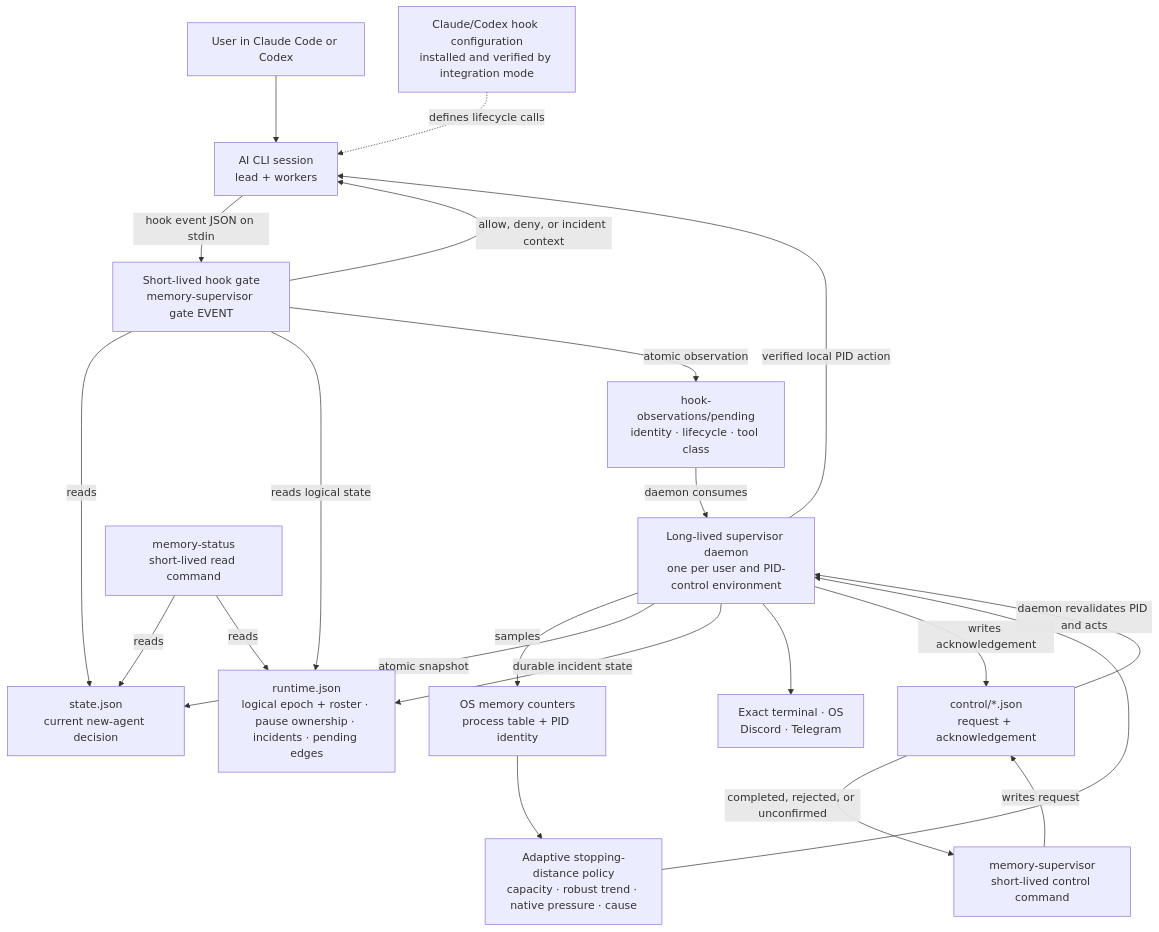
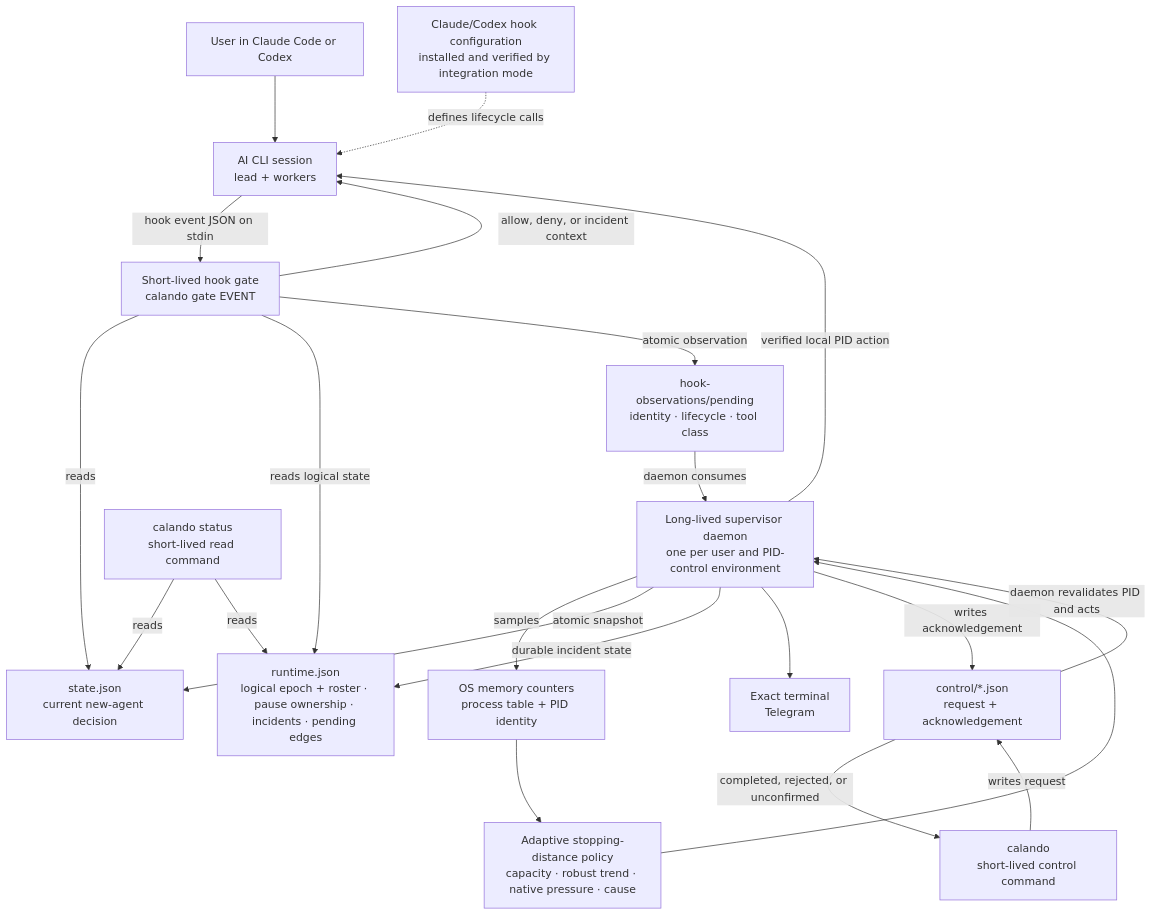
Before and after one commit to lssLab/Calando: the first of 3 diagrams in docs/guides/architecture.ja.md, drawn with Mermaid. The commit also changed other lines of this file and 78 other files, not shown here.

````diff
--- a/docs/guides/architecture.ja.md
+++ b/docs/guides/architecture.ja.md
@@ -49,41 +49,41 @@
 ```mermaid
 flowchart TB
     User["User in Claude Code or Codex"]
     AI["AI CLI session<br/>lead + workers"]
-    Gate["Short-lived hook gate<br/>memory-supervisor gate EVENT"]
+    Gate["Short-lived hook gate<br/>calando gate EVENT"]
     Daemon["Long-lived supervisor daemon<br/>one per user and PID-control environment"]
     Sensors["OS memory counters<br/>process table + PID identity"]
     Policy["Adaptive stopping-distance policy<br/>capacity · robust trend · native pressure · cause"]
     State["state.json<br/>current new-agent decision"]
     Runtime["runtime.json<br/>logical epoch + roster · pause ownership · incidents · pending edges"]
     Observations["hook-observations/pending<br/>identity · lifecycle · tool class"]
     Queue["control/*.json<br/>request + acknowledgement"]
-    Status["memory-status<br/>short-lived read command"]
-    Control["memory-supervisor<br/>short-lived control command"]
-    Notice["Exact terminal · OS<br/>Discord · Telegram"]
+    Status["calando status<br/>short-lived read command"]
+    Control["calando<br/>short-lived control command"]
+    Notice["Exact terminal<br/>Telegram"]
     HookFiles["Claude/Codex hook configuration<br/>installed and verified by integration mode"]
 
     User --> AI
     HookFiles -. "defines lifecycle calls" .-> AI
     AI -->|"hook event JSON on stdin"| Gate
     Gate -->|"allow, deny, or incident context"| AI
     Gate -->|"reads"| State
     Gate -->|"reads logical state"| Runtime
     Gate -->|"atomic observation"| Observations
 
     Daemon -->|"samples"| Sensors
     Sensors --> Policy
     Policy --> Daemon
     Observations -->|"daemon consumes"| Daemon
     Daemon -->|"atomic snapshot"| State
     Daemon -->|"durable incident state"| Runtime
     Daemon -->|"verified local PID action"| AI
     Daemon --> Notice
 
     Status -->|"reads"| State
     Status -->|"reads"| Runtime
     Control -->|"writes request"| Queue
     Queue -->|"daemon revalidates PID and acts"| Daemon
     Daemon -->|"writes acknowledgement"| Queue
     Queue -->|"completed, rejected, or unconfirmed"| Control
 ```
````
